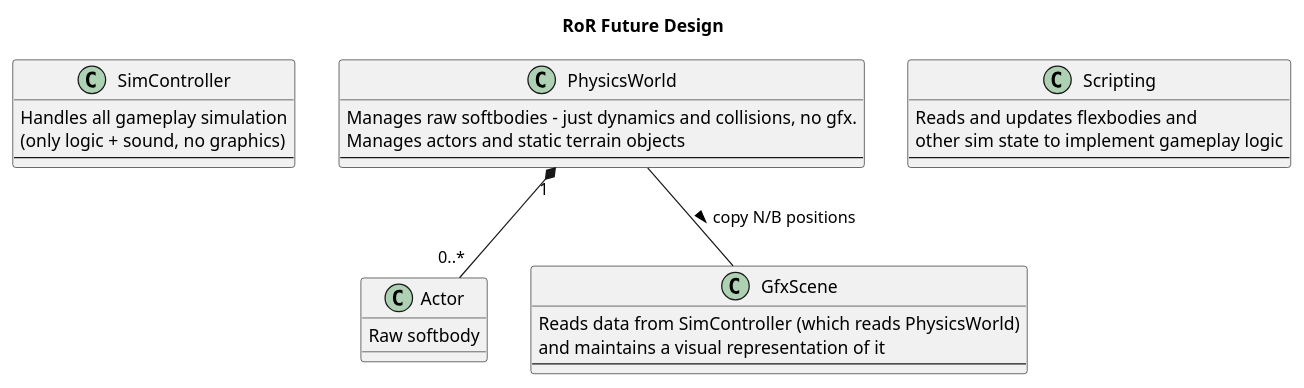
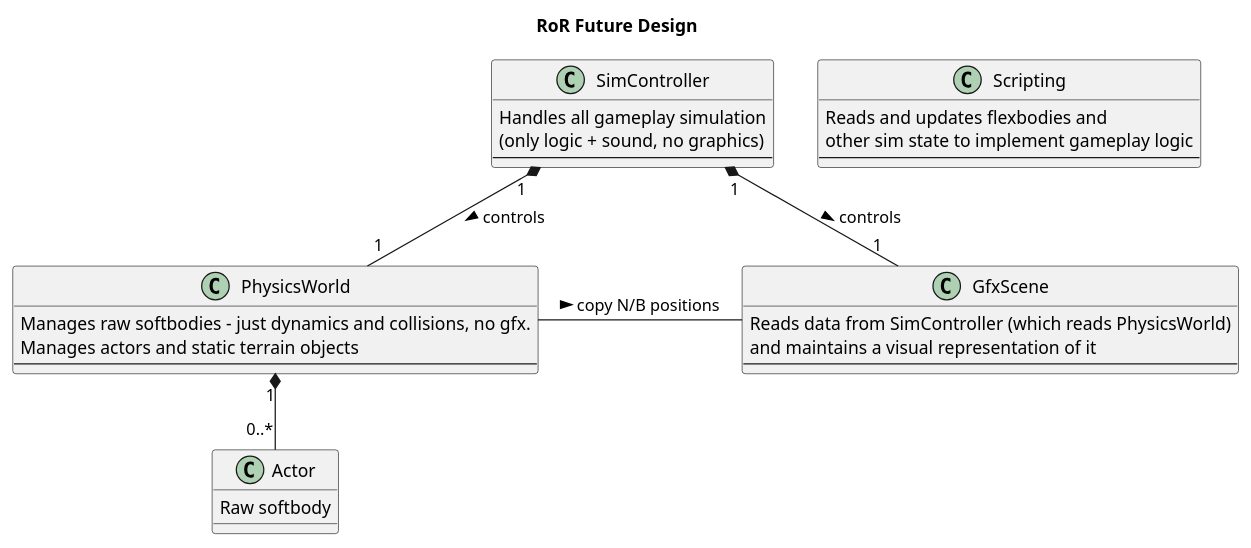
The diagram in main.plantuml (mikadou/ror-design), drawn with PlantUML before and after one commit.

Commit message:
Added SimController relations

```diff
--- a/main.plantuml
+++ b/main.plantuml
@@ -1,36 +1,38 @@
 @startuml
 
 title RoR Future Design
 
 class SimController {
     Handles all gameplay simulation
     (only logic + sound, no graphics)
     --
 }
 
 class PhysicsWorld {
     Manages raw softbodies - just dynamics and collisions, no gfx.
     Manages actors and static terrain objects
     --
 }
 
 class Actor {
     Raw softbody
 }
 
 class Scripting {
     Reads and updates flexbodies and
     other sim state to implement gameplay logic
     --
 }
 
 class GfxScene {
     Reads data from SimController (which reads PhysicsWorld)
     and maintains a visual representation of it
     --
 }
 
+SimController "1" *-- "1" PhysicsWorld : controls >
+SimController "1" *-- "1" GfxScene : controls >
 PhysicsWorld "1" *-- "0..*" Actor
-PhysicsWorld -- GfxScene : copy N/B positions >
+PhysicsWorld -right- GfxScene : copy N/B positions >
 
 @enduml
```
